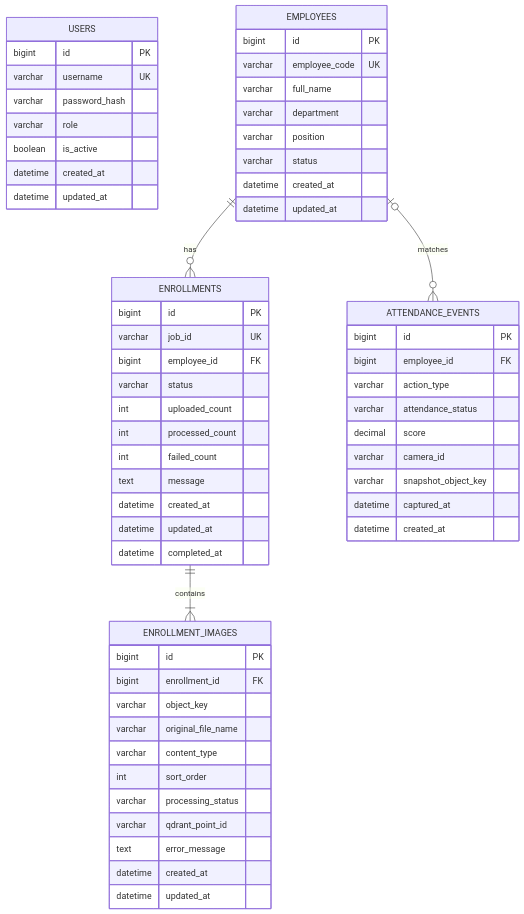
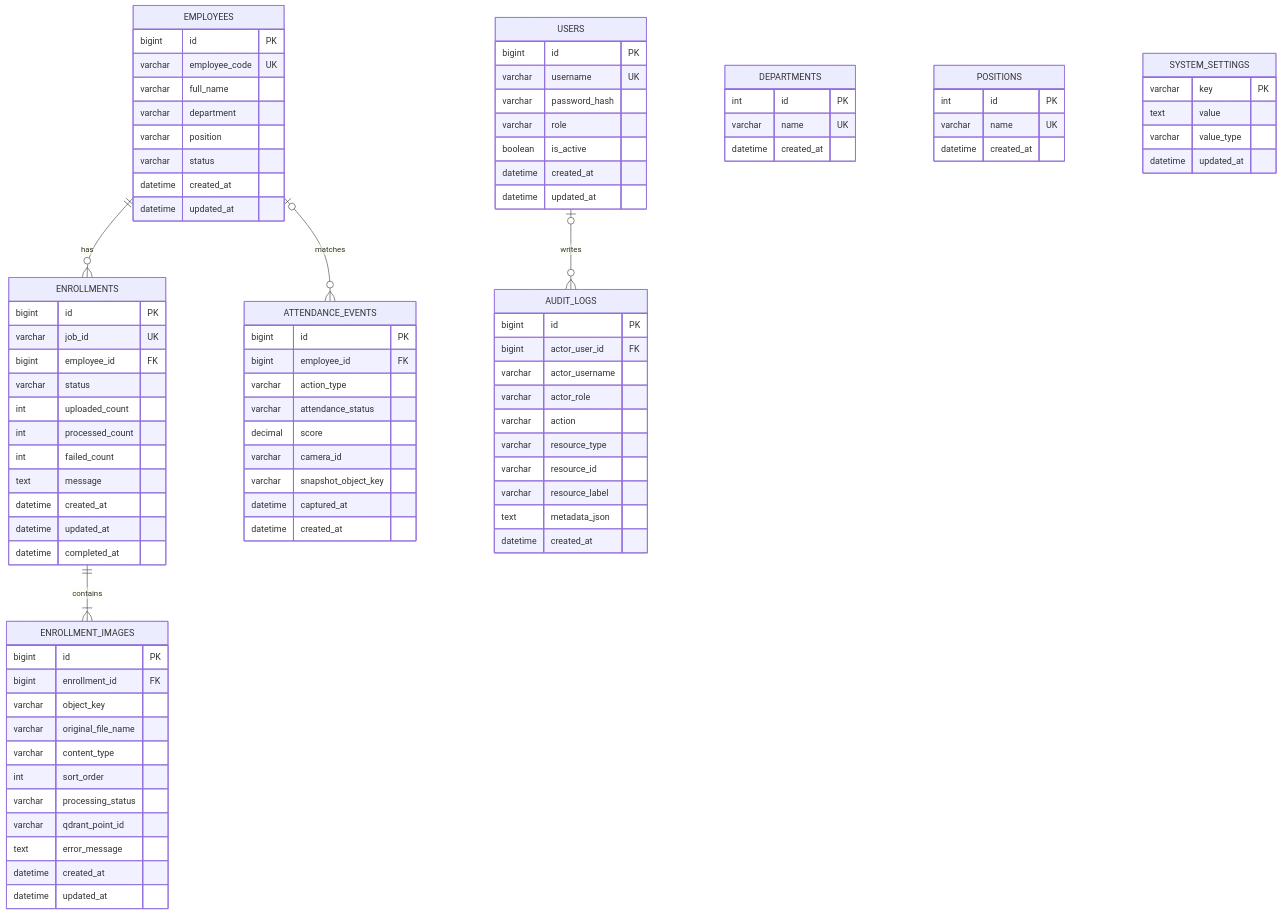
One commit to nguyenthanhlam2812/BTL_2526II_AIT3004_2-facial-recognition-system changed the fifth of 6 diagrams in docs/diagrams.md. Above: the diagram before and after it, drawn with Mermaid. The commit also changed other lines of this file and 11 other files, not shown here.

````diff
--- a/docs/diagrams.md
+++ b/docs/diagrams.md
@@ -125,6 +170,18 @@
         varchar status
         datetime created_at
         datetime updated_at
+    }
+
+    DEPARTMENTS {
+        int id PK
+        varchar name UK
+        datetime created_at
+    }
+
+    POSITIONS {
+        int id PK
+        varchar name UK
+        datetime created_at
     }
 
     ENROLLMENTS {
@@ -167,7 +224,28 @@
         datetime created_at
     }
 
+    AUDIT_LOGS {
+        bigint id PK
+        bigint actor_user_id FK
+        varchar actor_username
+        varchar actor_role
+        varchar action
+        varchar resource_type
+        varchar resource_id
+        varchar resource_label
+        text metadata_json
+        datetime created_at
+    }
+
+    SYSTEM_SETTINGS {
+        varchar key PK
+        text value
+        varchar value_type
+        datetime updated_at
+    }
+
     EMPLOYEES ||--o{ ENROLLMENTS : has
     ENROLLMENTS ||--|{ ENROLLMENT_IMAGES : contains
     EMPLOYEES o|--o{ ATTENDANCE_EVENTS : matches
+    USERS o|--o{ AUDIT_LOGS : writes
 ```
````
